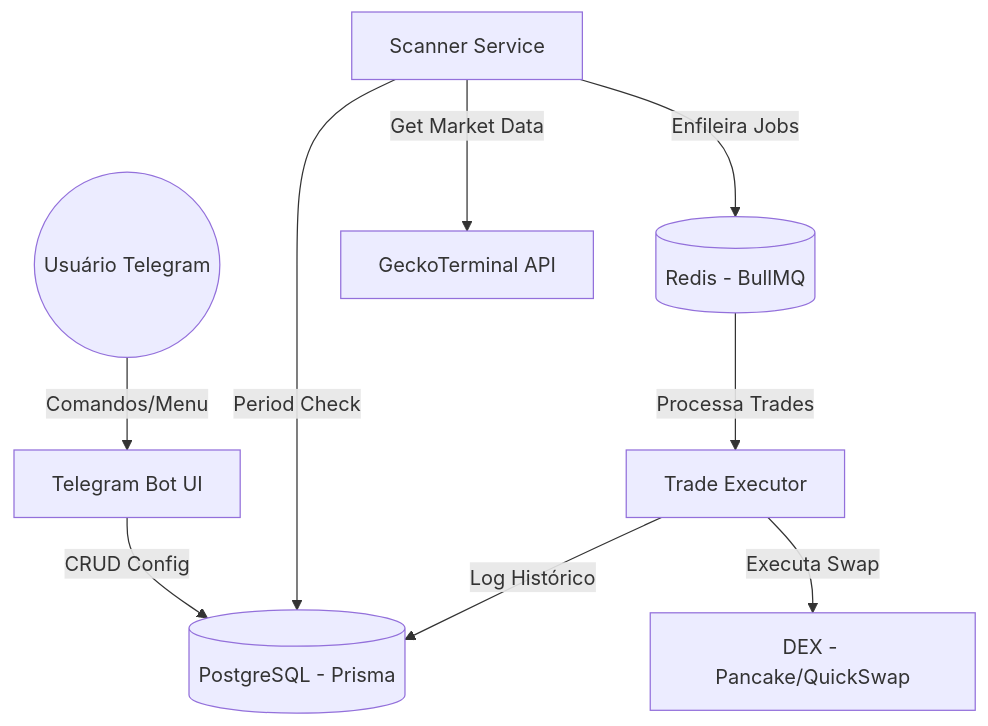
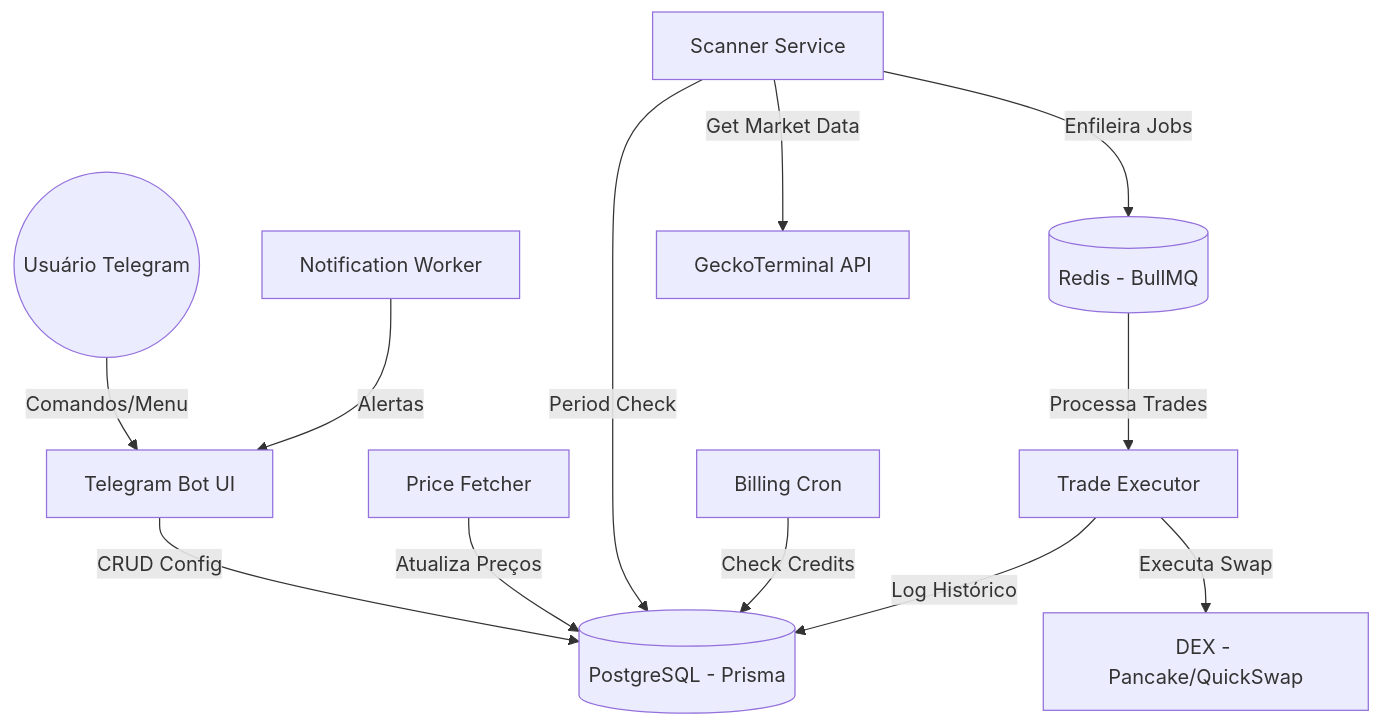
Before and after one commit to alanvito1/bcoin_sen_blockchain_trader: the first of 3 diagrams in docs/ARCHITECTURE.md, drawn with Mermaid. The commit also changed other lines of this file and 36 other files, not shown here.

````diff
--- a/docs/ARCHITECTURE.md
+++ b/docs/ARCHITECTURE.md
@@ -7,20 +7,26 @@
 ```mermaid
 graph TD
     User((Usuário Telegram))
     Bot[Telegram Bot UI]
     DB[(PostgreSQL - Prisma)]
     Queue[(Redis - BullMQ)]
     Worker[Trade Executor]
     Scanner[Scanner Service]
+    PriceFetcher[Price Fetcher]
+    Billing[Billing Cron]
+    Notification[Notification Worker]
     API[GeckoTerminal API]
     DEX[DEX - Pancake/QuickSwap]
     
     User -->|Comandos/Menu| Bot
     Bot -->|CRUD Config| DB
+    PriceFetcher -->|Atualiza Preços| DB
     Scanner -->|Period Check| DB
     Scanner -->|Get Market Data| API
     Scanner -->|Enfileira Jobs| Queue
     Queue -->|Processa Trades| Worker
+    Billing -->|Check Credits| DB
     Worker -->|Executa Swap| DEX
     Worker -->|Log Histórico| DB
+    Notification -->|Alertas| Bot
 ```
````
